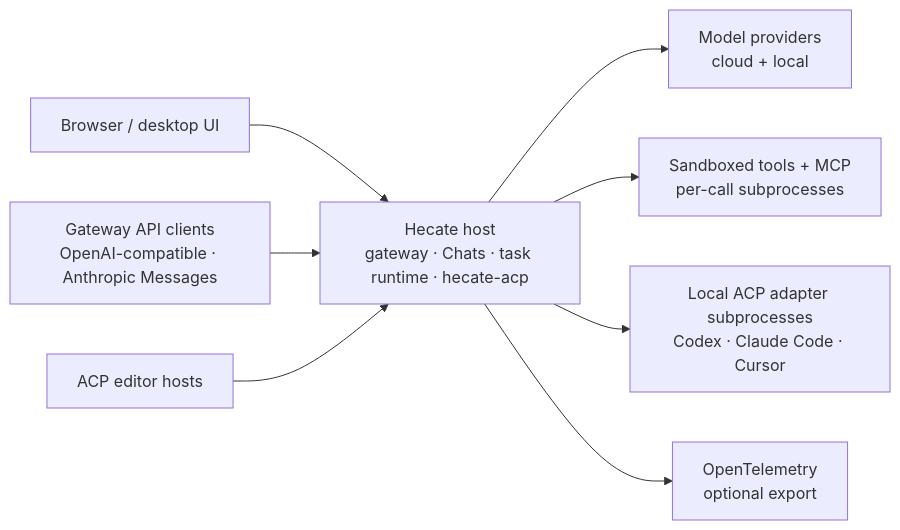
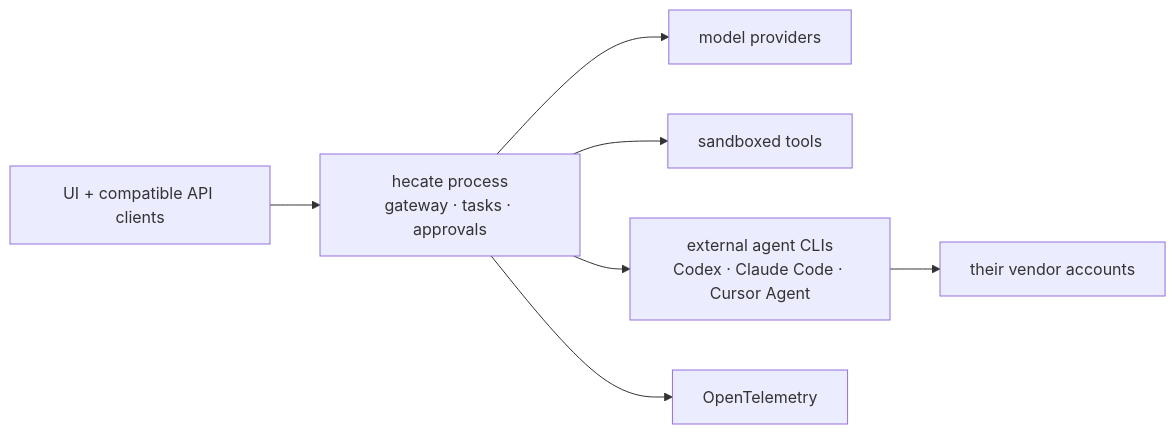
One commit to hecatehq/hecate changed the diagram in README.md. Above: the diagram before and after it, drawn with Mermaid. The commit also changed other lines of this file and 64 other files, not shown here.

Commit message:
feat(security): clarify external agent auth boundaries

````diff
--- a/README.md
+++ b/README.md
@@ -134,22 +134,9 @@
 ```mermaid
 flowchart LR
-    UI["Browser / desktop UI"]
-    API["Gateway API clients<br/>OpenAI-compatible · Anthropic Messages"]
-    Editors["ACP editor hosts"]
-
-    Hecate["Hecate host<br/>gateway · Chats · task runtime · hecate-acp"]
-
-    Providers["Model providers<br/>cloud + local"]
-    Tools["Sandboxed tools + MCP<br/>per-call subprocesses"]
-    Agents["Local ACP adapter subprocesses<br/>Codex · Claude Code · Cursor"]
-    OTel["OpenTelemetry<br/>optional export"]
-
-    UI --> Hecate
-    API --> Hecate
-    Editors --> Hecate
-
-    Hecate --> Providers
-    Hecate --> Tools
-    Hecate --> Agents
-    Hecate --> OTel
+    Clients["UI + compatible API clients"] --> Hecate["hecate process<br/>gateway · tasks · approvals"]
+    Hecate --> Models["model providers"]
+    Hecate --> Tools["sandboxed tools"]
+    Hecate --> Agents["external agent CLIs<br/>Codex · Claude Code · Cursor Agent"]
+    Agents --> Accounts["their vendor accounts"]
+    Hecate --> Telemetry["OpenTelemetry"]
 ```
````
